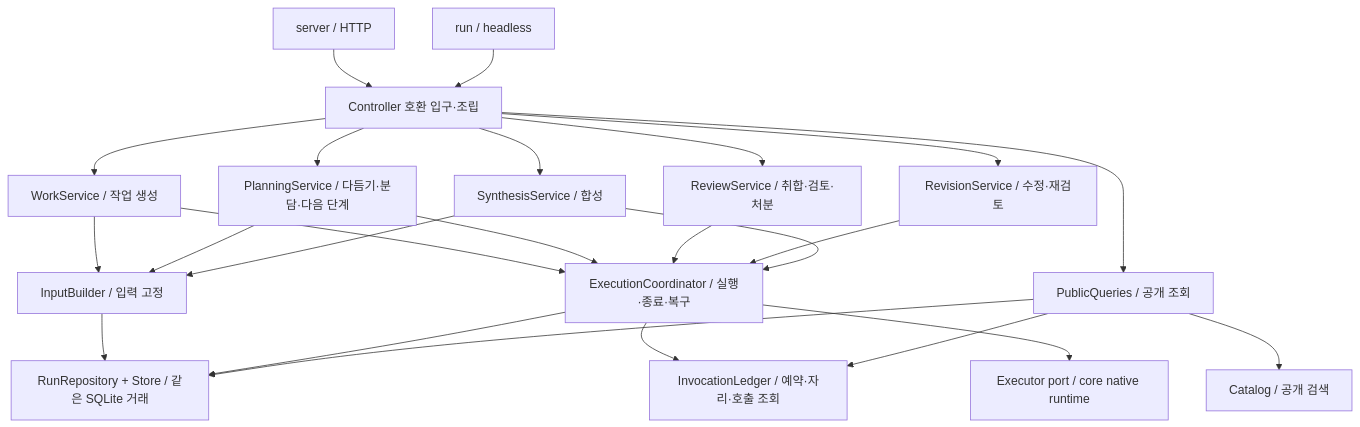
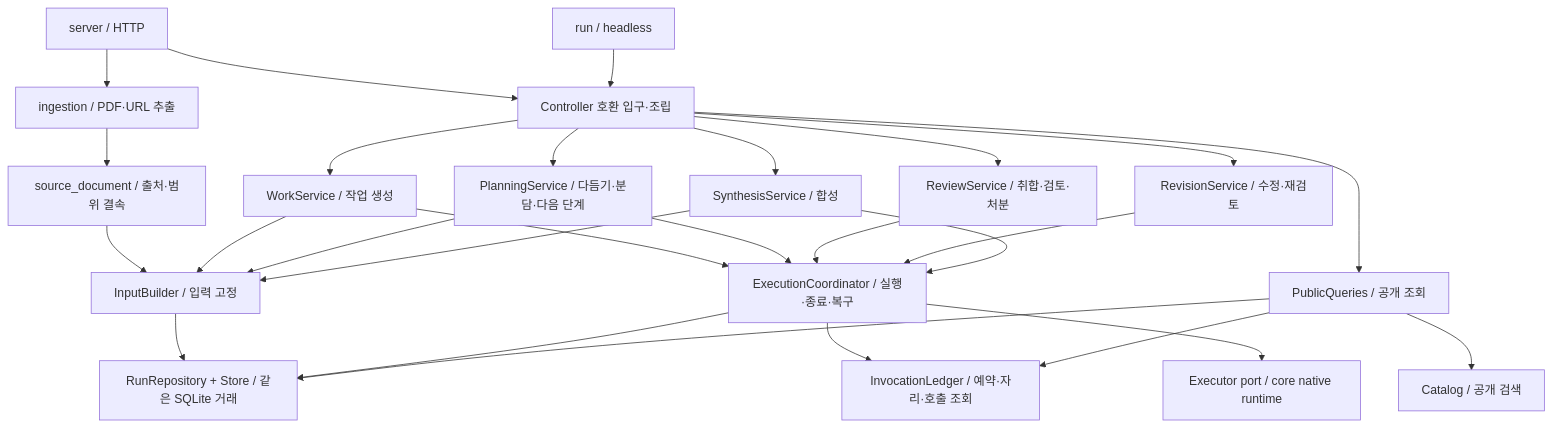
Before and after one commit to inlight37-design/decision-model_lab: the diagram in app/ARCHITECTURE.md, drawn with Mermaid. The commit also changed other lines of this file and 25 other files, not shown here.

Commit message:
feat: preview PDF and public URL extracts with bound provenance

````diff
--- a/app/ARCHITECTURE.md
+++ b/app/ARCHITECTURE.md
@@ -7,26 +7,29 @@
 ```mermaid
 flowchart TD
   HTTP[server / HTTP] --> F[Controller 호환 입구·조립]
   CLI[run / headless] --> F
   F --> W[WorkService / 작업 생성]
   F --> P[PlanningService / 다듬기·분담·다음 단계]
   F --> R[ReviewService / 취합·검토·처분]
   F --> V[RevisionService / 수정·재검토]
   F --> S[SynthesisService / 합성]
   F --> Q[PublicQueries / 공개 조회]
+  HTTP --> A[ingestion / PDF·URL 추출]
+  A --> D[source_document / 출처·범위 결속]
+  D --> I
   W --> I[InputBuilder / 입력 고정]
   P --> I
   S --> I
   W --> E[ExecutionCoordinator / 실행·종료·복구]
   P --> E
   R --> E
   V --> E
   S --> E
   E --> L[InvocationLedger / 예약·자리·호출 조회]
   Q --> L
   E --> X[Executor port / core native runtime]
   Q --> C[Catalog / 공개 검색]
   I --> DB[RunRepository + Store / 같은 SQLite 거래]
   E --> DB
   Q --> DB
 ```
````
